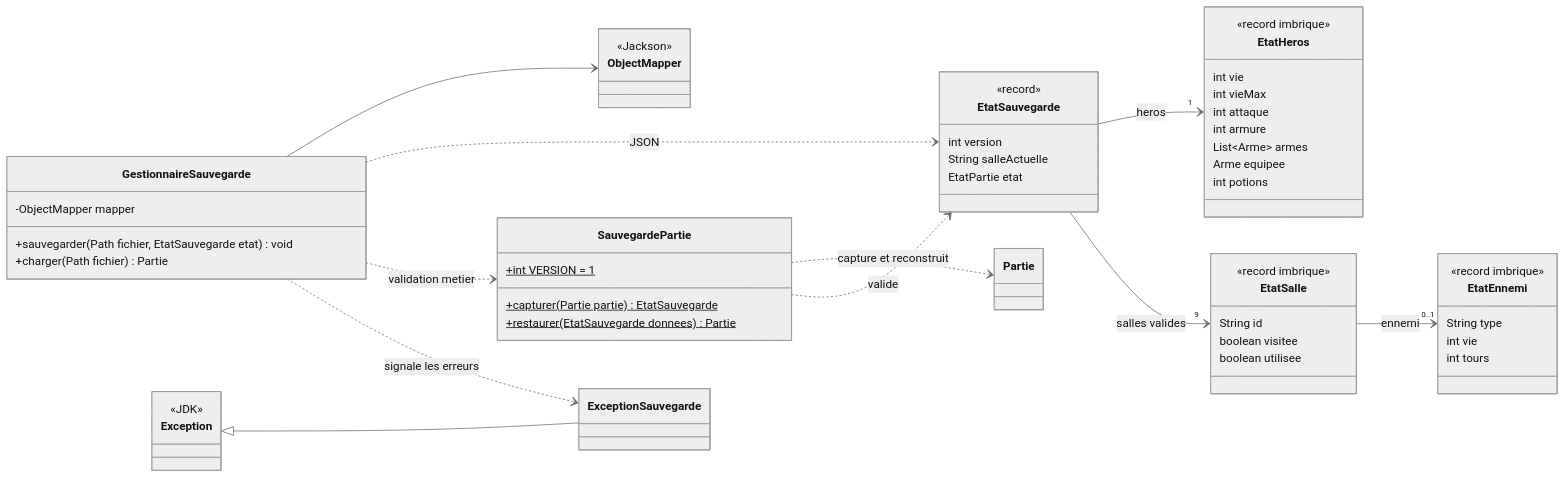
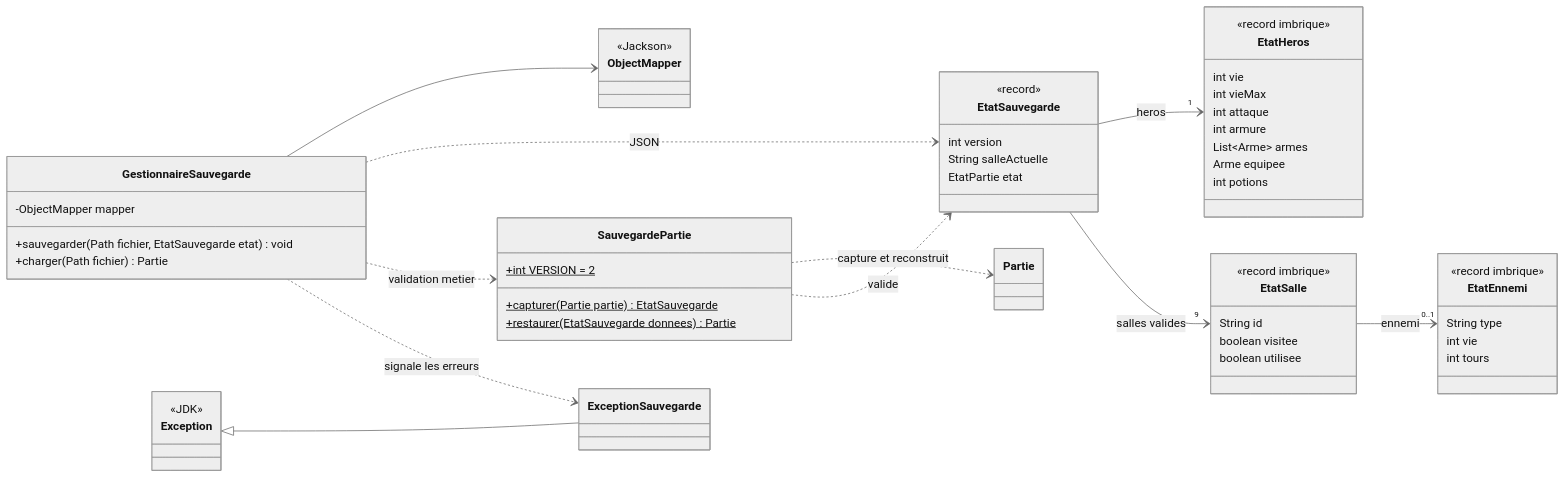
The fourth of 6 diagrams in docs/UML.md (TaskinSemih/Les-Salles-oubli-es), drawn with Mermaid (neutral theme) before and after one commit. The commit also changed other lines of this file and 40 other files, not shown here.

````diff
--- a/docs/UML.md
+++ b/docs/UML.md
@@ -189,60 +249,60 @@
 ```mermaid
 classDiagram
     direction LR
     class SauvegardePartie {
-        +int VERSION = 1$
+        +int VERSION = 2$
         +capturer(Partie partie) EtatSauvegarde$
         +restaurer(EtatSauvegarde donnees) Partie$
     }
     class EtatSauvegarde {
         <<record>>
         int version
         String salleActuelle
         EtatPartie etat
     }
     class EtatHeros {
         <<record imbrique>>
         int vie
         int vieMax
         int attaque
         int armure
         List~Arme~ armes
         Arme equipee
         int potions
     }
     class EtatSalle {
         <<record imbrique>>
         String id
         boolean visitee
         boolean utilisee
     }
     class EtatEnnemi {
         <<record imbrique>>
         String type
         int vie
         int tours
     }
     class GestionnaireSauvegarde {
         -ObjectMapper mapper
         +sauvegarder(Path fichier, EtatSauvegarde etat) void
         +charger(Path fichier) Partie
     }
     class ExceptionSauvegarde
     class Exception {
         <<JDK>>
     }
     class ObjectMapper {
         <<Jackson>>
     }
     class Partie
     SauvegardePartie ..> Partie : capture et reconstruit
     SauvegardePartie ..> EtatSauvegarde : valide
     EtatSauvegarde --> "1" EtatHeros : heros
     EtatSauvegarde --> "9" EtatSalle : salles valides
     EtatSalle --> "0..1" EtatEnnemi : ennemi
     GestionnaireSauvegarde --> ObjectMapper
     GestionnaireSauvegarde ..> EtatSauvegarde : JSON
     GestionnaireSauvegarde ..> SauvegardePartie : validation metier
     GestionnaireSauvegarde ..> ExceptionSauvegarde : signale les erreurs
     Exception <|-- ExceptionSauvegarde
 ```
````
